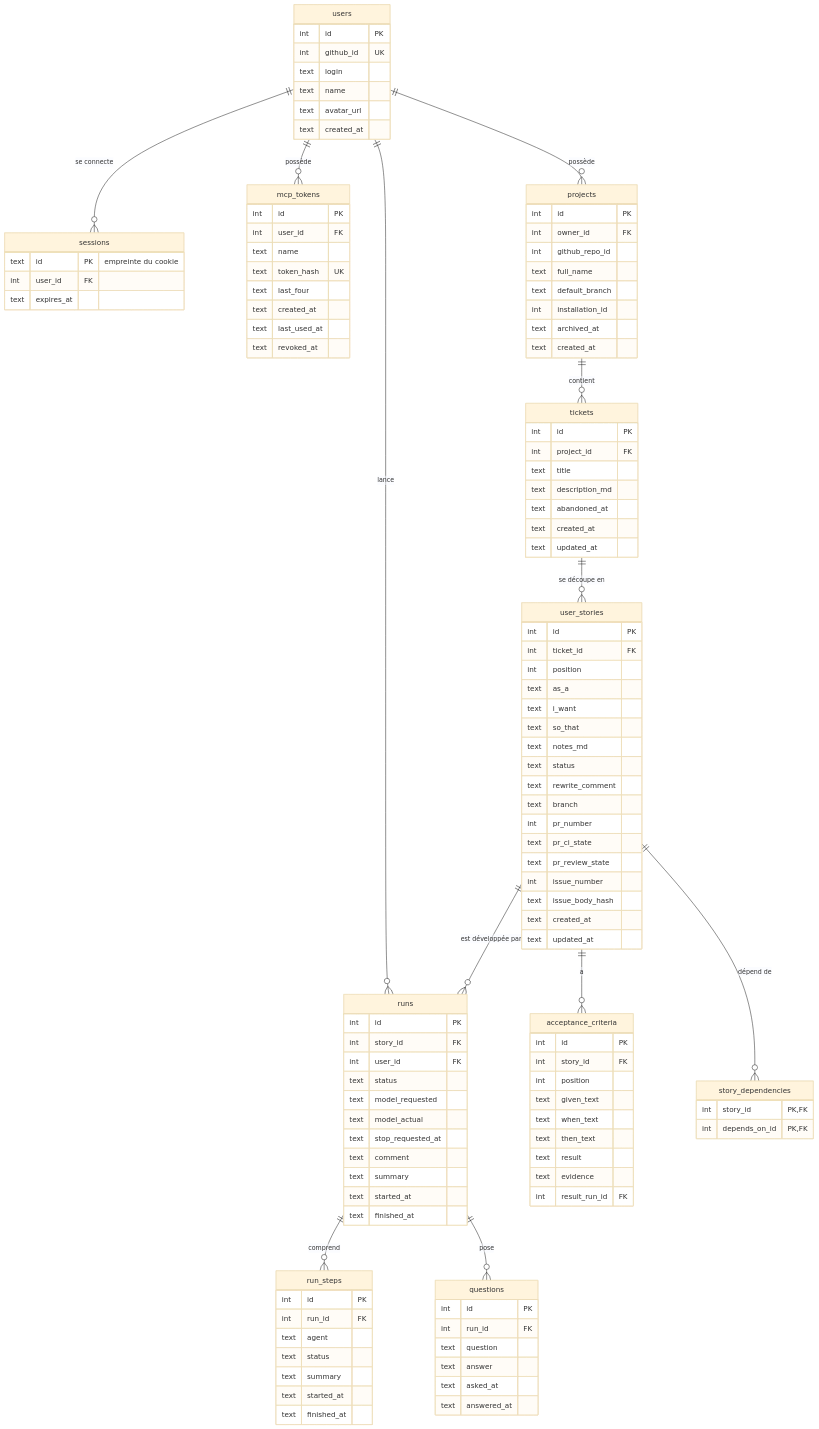
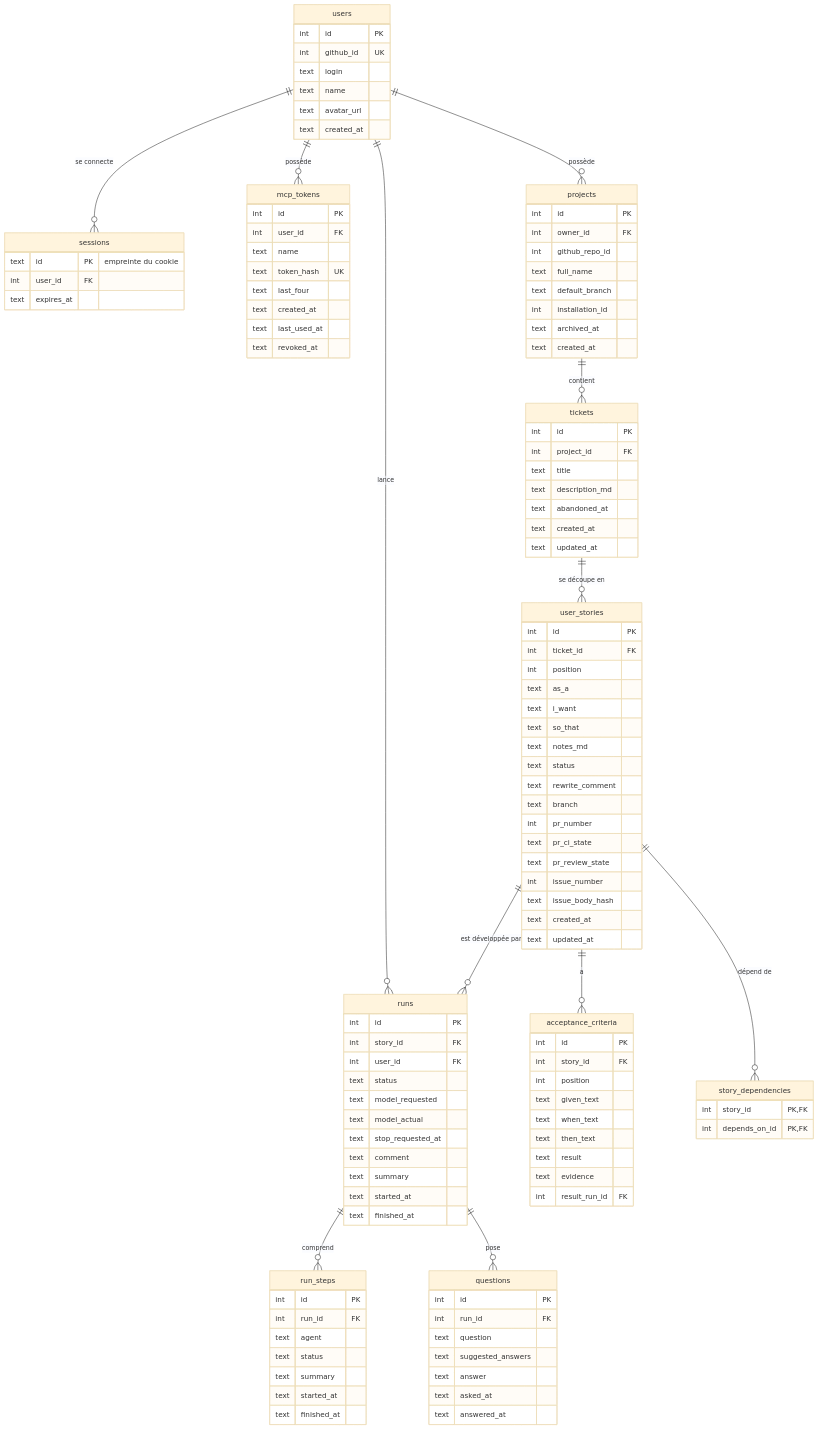
One commit to vidal-dorian/Cockpit-v2 changed the diagram in docs/decisions/002-modele-donnees.md. Above: the diagram before and after it, drawn with Mermaid (base theme). The commit also changed other lines of this file and 2 other files, not shown here.

```diff
--- a/docs/decisions/002-modele-donnees.md
+++ b/docs/decisions/002-modele-donnees.md
@@ -133,6 +133,7 @@
         int id PK
         int run_id FK
         text question
+        text suggested_answers
         text answer
         text asked_at
         text answered_at
```
